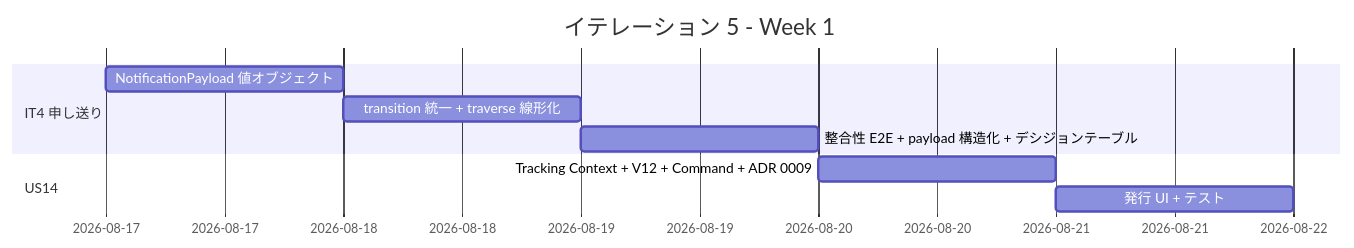
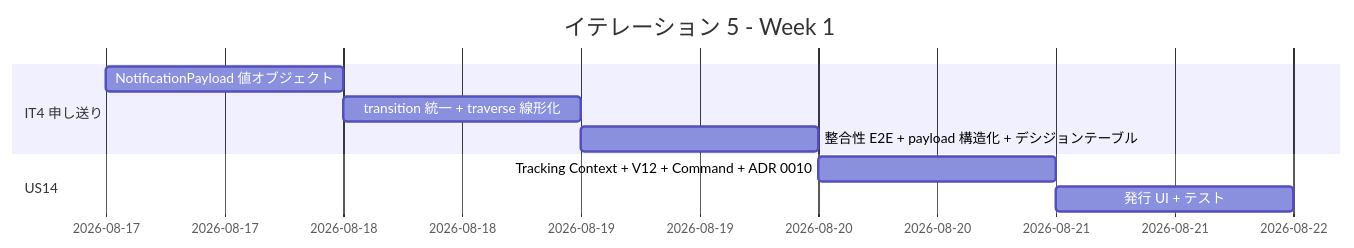
Before and after one commit to k2works/case-study-cargo-tracker: the first of 5 diagrams in docs/development/iteration_plan-5.md, drawn with Mermaid. The commit also changed other lines of this file and 9 other files, not shown here.

First line of the commit message:
feat(tracking): Tracking Context の骨格を新設 (IT5 US14 タスク 1.1 + ADR 0010)

````diff
--- a/docs/development/iteration_plan-5.md
+++ b/docs/development/iteration_plan-5.md
@@ -172,12 +172,12 @@
 ```mermaid
 gantt
     title イテレーション 5 - Week 1
     dateFormat  YYYY-MM-DD
     section IT4 申し送り
     NotificationPayload 値オブジェクト    :d1, 2026-08-17, 1d
     transition 統一 + traverse 線形化     :d2, after d1, 1d
     整合性 E2E + payload 構造化 + デシジョンテーブル :d3, after d2, 1d
     section US14
-    Tracking Context + V12 + Command + ADR 0009 :d4, after d3, 1d
+    Tracking Context + V12 + Command + ADR 0010 :d4, after d3, 1d
     発行 UI + テスト                       :d5, after d4, 1d
 ```
````
